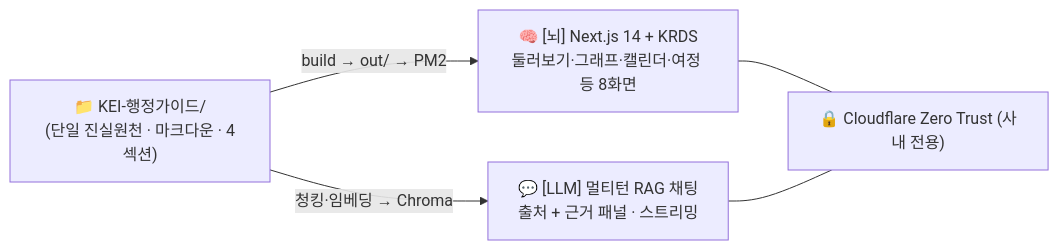
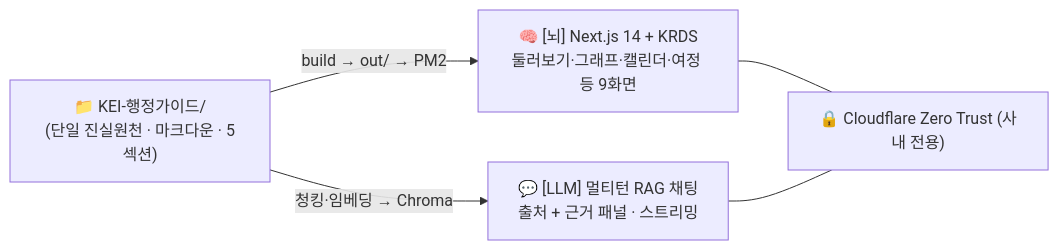
Before and after one commit to mooner92/KEIAdminSuperv: the diagram in docs/README.md, drawn with Mermaid. The commit also changed other lines of this file and 13 other files, not shown here.

````diff
--- a/docs/README.md
+++ b/docs/README.md
@@ -11,8 +11,8 @@
 ```mermaid
 flowchart LR
-    Vault["📁 KEI-행정가이드/<br/>(단일 진실원천 · 마크다운 · 4섹션)"]
-    Vault -->|build → out/ → PM2| Brain["🧠 [뇌] Next.js 14 + KRDS<br/>둘러보기·그래프·캘린더·여정 등 8화면"]
+    Vault["📁 KEI-행정가이드/<br/>(단일 진실원천 · 마크다운 · 5섹션)"]
+    Vault -->|build → out/ → PM2| Brain["🧠 [뇌] Next.js 14 + KRDS<br/>둘러보기·그래프·캘린더·여정 등 9화면"]
     Vault -->|청킹·임베딩 → Chroma| Assistant["💬 [LLM] 멀티턴 RAG 채팅<br/>출처 + 근거 패널 · 스트리밍"]
     Brain --- ZeroTrust["🔒 Cloudflare Zero Trust (사내 전용)"]
     Assistant --- ZeroTrust
 ```
````
